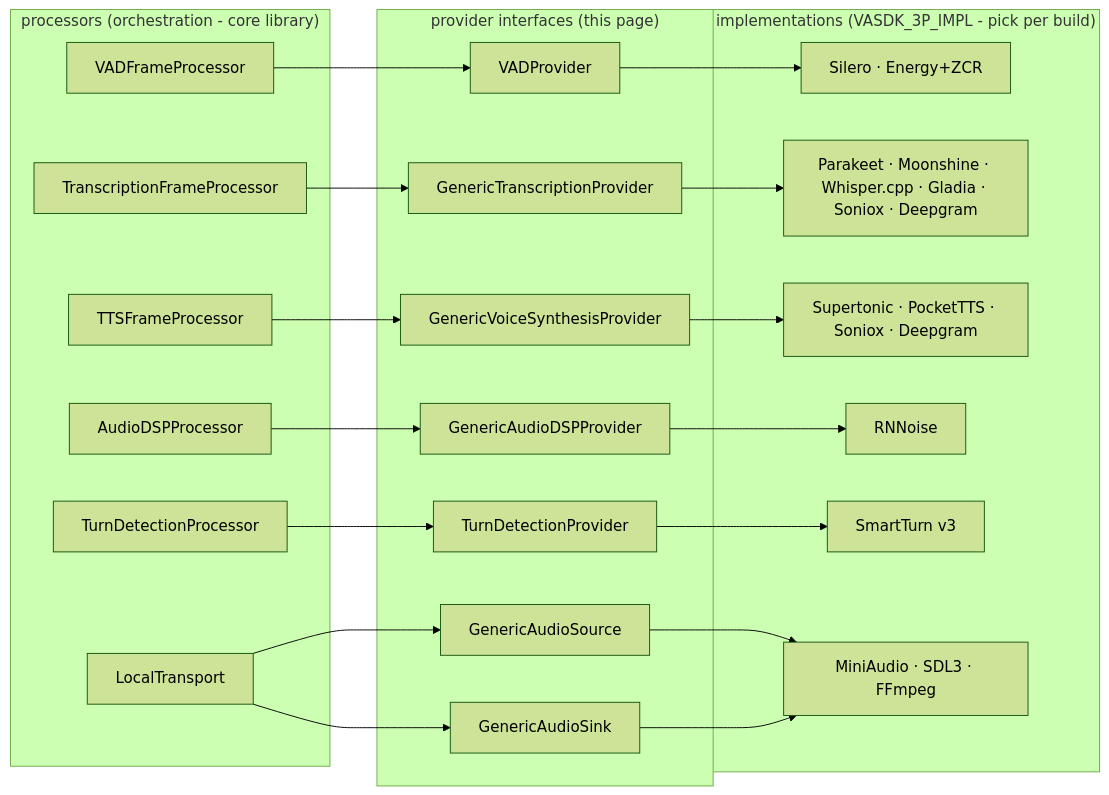
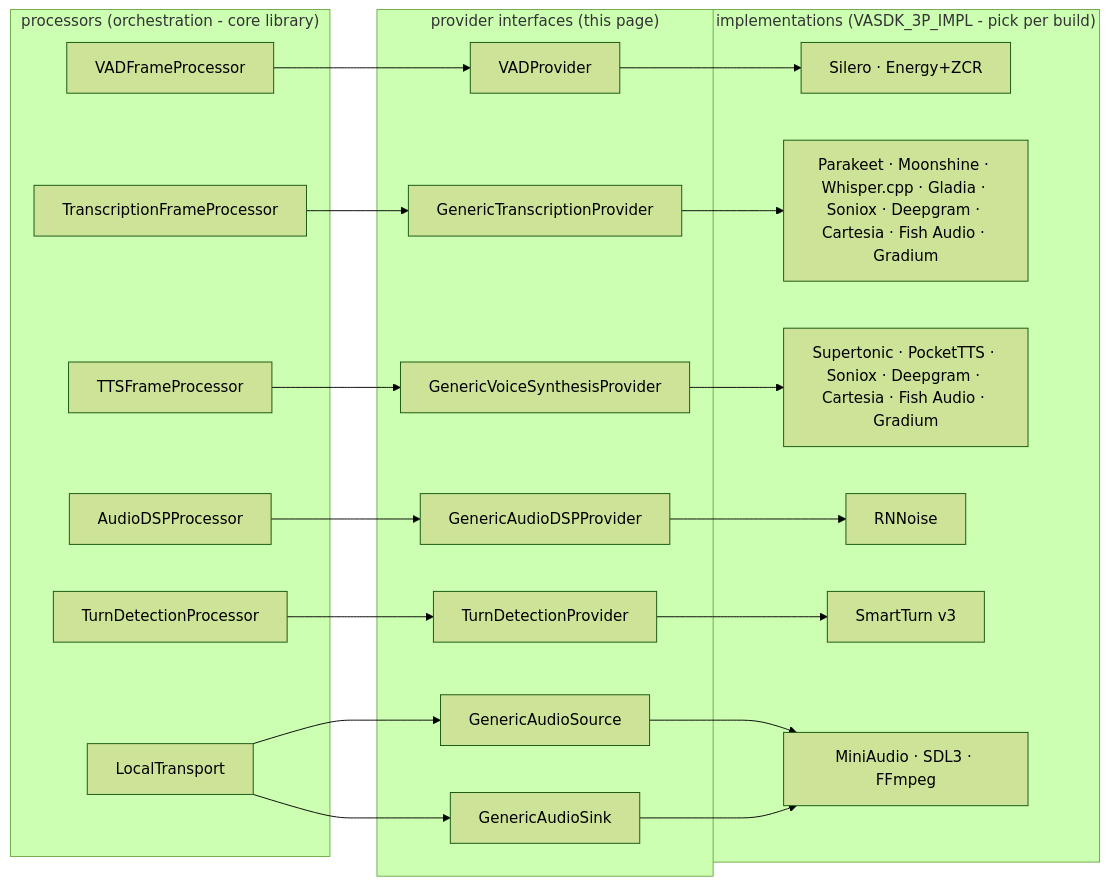
The diagram in docs/reference/providers.md (fatehmtd/VASDK), drawn with Mermaid (forest theme) before and after one commit. The commit also changed other lines of this file and 36 other files, not shown here.

First line of the commit message:
Add Cartesia, Fish Audio, and Gradium STT/TTS providers

````diff
--- a/docs/reference/providers.md
+++ b/docs/reference/providers.md
@@ -7,34 +7,34 @@
 ```mermaid
 flowchart LR
     subgraph Processors["processors (orchestration - core library)"]
         VADP["VADFrameProcessor"]
         STTP["TranscriptionFrameProcessor"]
         TTSP["TTSFrameProcessor"]
         DSPP["AudioDSPProcessor"]
         TDP["TurnDetectionProcessor"]
         LT["LocalTransport"]
     end
     subgraph Providers["provider interfaces (this page)"]
         VAD["VADProvider"]
         STT["GenericTranscriptionProvider"]
         TTS["GenericVoiceSynthesisProvider"]
         DSP["GenericAudioDSPProvider"]
         TD["TurnDetectionProvider"]
         SRC["GenericAudioSource"]
         SNK["GenericAudioSink"]
     end
     subgraph Impls["implementations (VASDK_3P_IMPL - pick per build)"]
         I1["Silero · Energy+ZCR"]
-        I2["Parakeet · Moonshine · Whisper.cpp · Gladia · Soniox · Deepgram"]
-        I3["Supertonic · PocketTTS · Soniox · Deepgram"]
+        I2["Parakeet · Moonshine · Whisper.cpp · Gladia · Soniox · Deepgram · Cartesia · Fish Audio · Gradium"]
+        I3["Supertonic · PocketTTS · Soniox · Deepgram · Cartesia · Fish Audio · Gradium"]
         I4["RNNoise"]
         I5["SmartTurn v3"]
         I6["MiniAudio · SDL3 · FFmpeg"]
     end
     VADP --> VAD --> I1
     STTP --> STT --> I2
     TTSP --> TTS --> I3
     DSPP --> DSP --> I4
     TDP --> TD --> I5
     LT --> SRC & SNK --> I6
 ```
````
